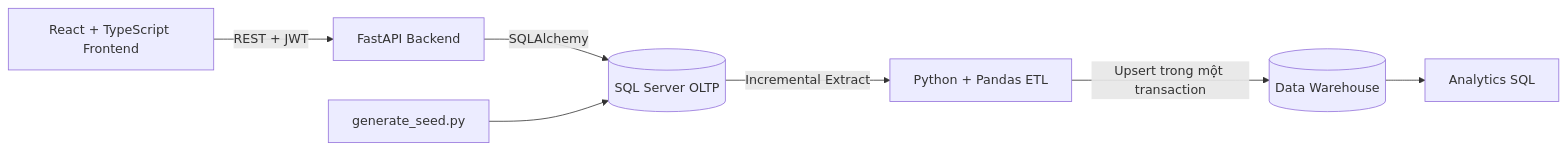
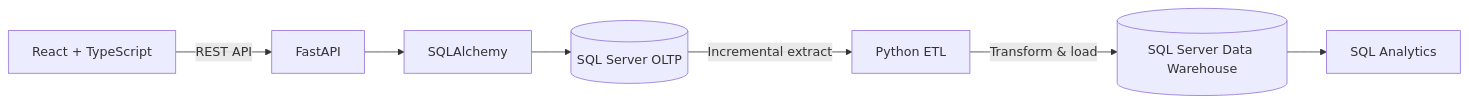
The second of 2 diagrams in README.md (Nghiepcoder17v/cho-troi-uit), drawn with Mermaid before and after one commit. The commit also changed other lines of this file, not shown here.

````diff
--- a/README.md
+++ b/README.md
@@ -49,9 +88,9 @@
 ```mermaid
 flowchart LR
-    FE["React + TypeScript Frontend"] -->|REST + JWT| API["FastAPI Backend"]
-    API -->|SQLAlchemy| OLTP[("SQL Server OLTP")]
-    SEED["generate_seed.py"] --> OLTP
-    OLTP -->|Incremental Extract| ETL["Python + Pandas ETL"]
-    ETL -->|Upsert trong một transaction| DWH[("Data Warehouse")]
-    DWH --> SQL["Analytics SQL"]
+    FE["React + TypeScript"] -->|"REST API"| API["FastAPI"]
+    API --> ORM["SQLAlchemy"]
+    ORM --> OLTP[("SQL Server OLTP")]
+    OLTP -->|"Incremental extract"| ETL["Python ETL"]
+    ETL -->|"Transform & load"| DWH[("SQL Server Data Warehouse")]
+    DWH --> REPORTS["SQL Analytics"]
 ```
````
